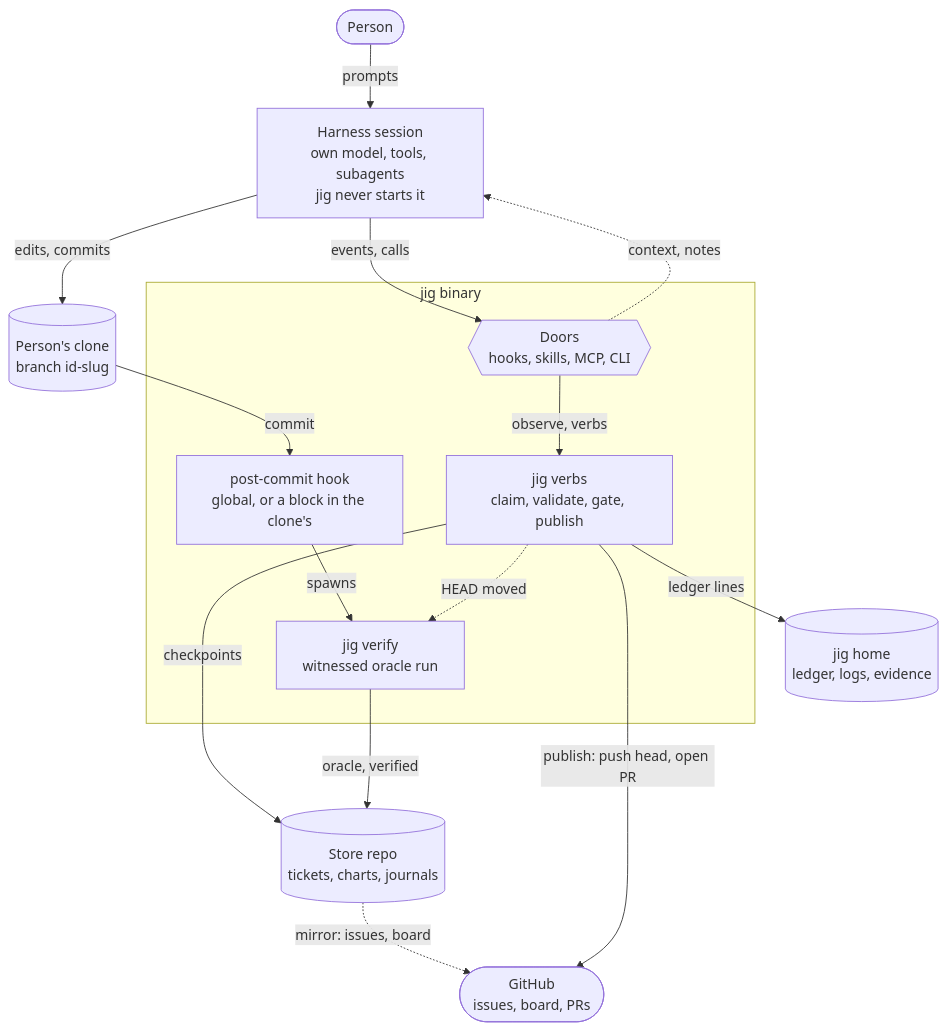
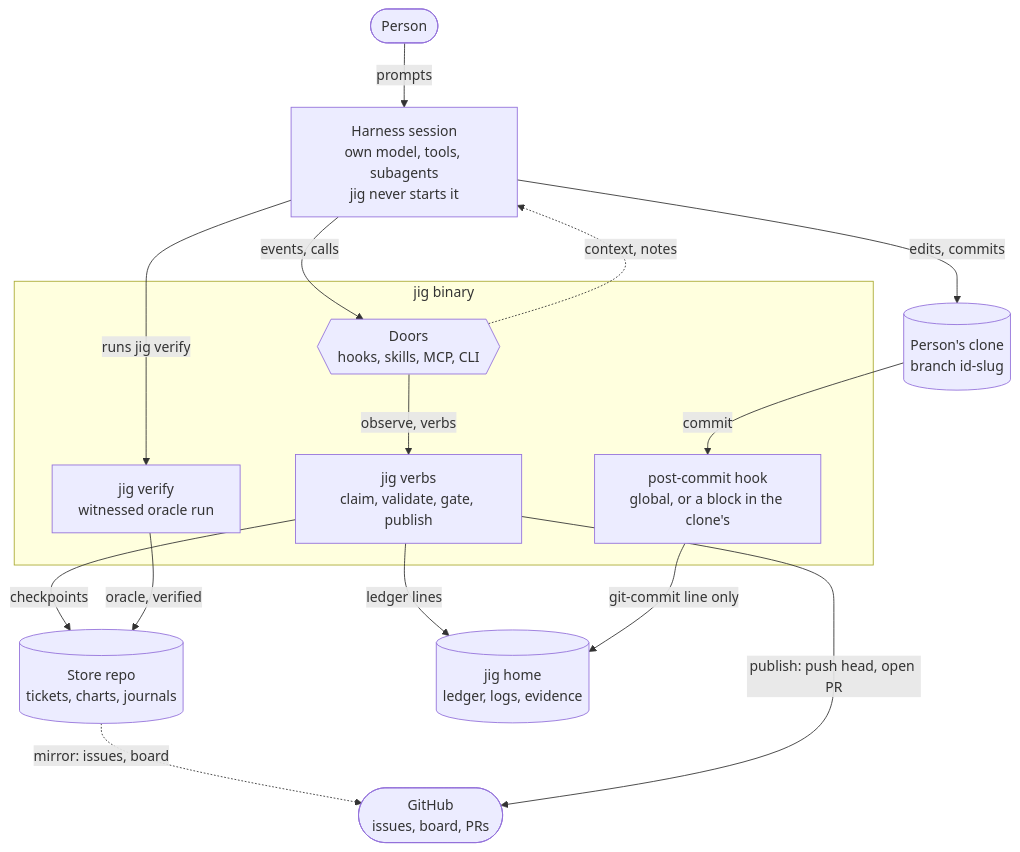
One commit to develdeco/jig changed the first of 5 diagrams in docs/diagrams.md. Above: the diagram before and after it, drawn with Mermaid. The commit also changed 49 other files, not shown here.

````diff
--- a/docs/diagrams.md
+++ b/docs/diagrams.md
@@ -27,29 +27,29 @@
 ```mermaid
 flowchart TB
   person(["Person"])
   harness["Harness session<br/>own model, tools, subagents<br/>jig never starts it"]
   clone[("Person's clone<br/>branch id-slug")]
   subgraph jigBox ["jig binary"]
     doors{{"Doors<br/>hooks, skills, MCP, CLI"}}
     verbs["jig verbs<br/>claim, validate, gate, publish"]
     hook["post-commit hook<br/>global, or a block in the clone's"]
     verify["jig verify<br/>witnessed oracle run"]
   end
   store[("Store repo<br/>tickets, charts, journals")]
   home[("jig home<br/>ledger, logs, evidence")]
   github(["GitHub<br/>issues, board, PRs"])
 
   person -->|prompts| harness
   harness -->|events, calls| doors
   doors -.->|context, notes| harness
   doors -->|observe, verbs| verbs
   verbs -->|checkpoints| store
   verbs -->|ledger lines| home
   store -.->|"mirror: issues, board"| github
   verbs -->|"publish: push head, open PR"| github
   harness -->|edits, commits| clone
   clone -->|commit| hook
-  hook -->|spawns| verify
-  verbs -.->|HEAD moved| verify
+  hook -->|"git-commit line only"| home
+  harness -->|"runs jig verify"| verify
   verify -->|oracle, verified| store
 ```
````
